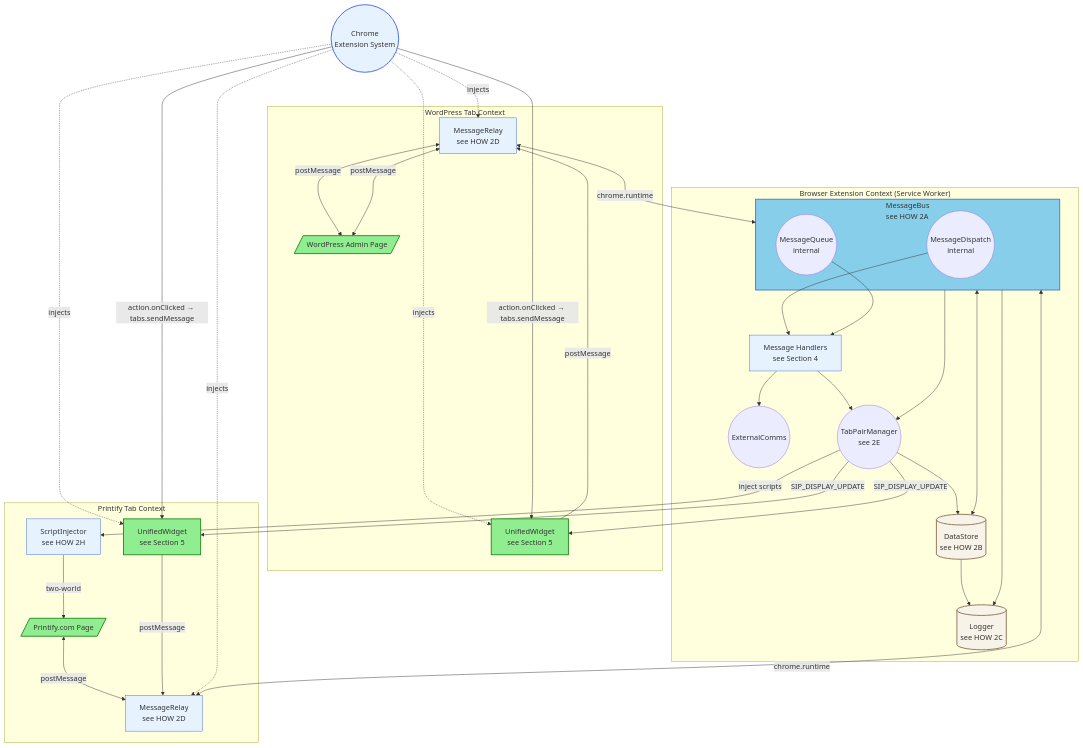
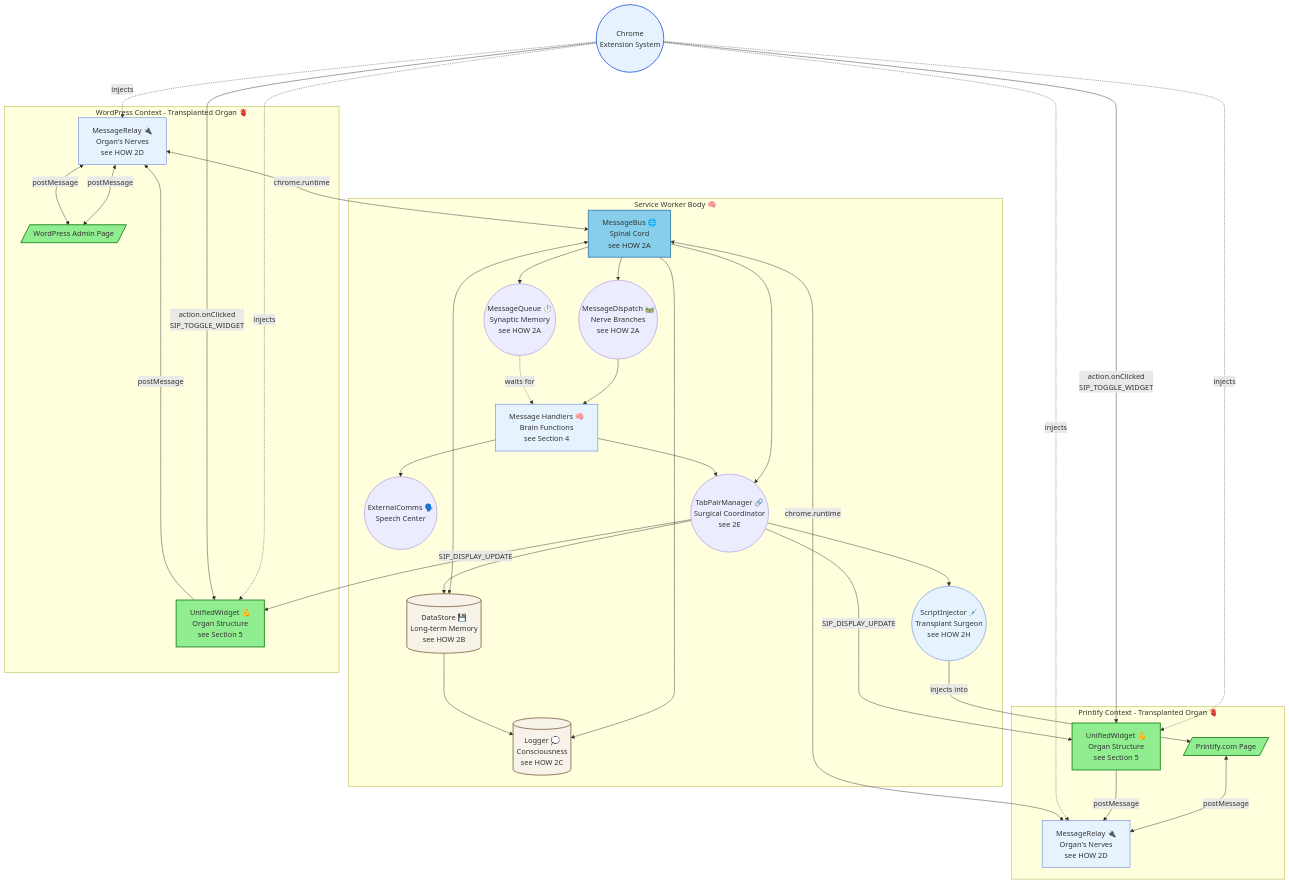
One commit to tdemelle-SiP/.claude changed the first of 7 diagrams in guidelines/sip-printify-manager-extension-guidelines-v4.md. Above: the diagram before and after it, drawn with Mermaid. The commit also changed other lines of this file, not shown here.

````diff
--- a/guidelines/sip-printify-manager-extension-guidelines-v4.md
+++ b/guidelines/sip-printify-manager-extension-guidelines-v4.md
@@ -54,76 +54,77 @@
 ```mermaid
 graph TD
   Chrome((Chrome<br/>Extension System))
-  
-  subgraph "Browser Extension Context (Service Worker)"
-    subgraph MessageBus[MessageBus<br/>see HOW 2A]
-      MessageDispatch((MessageDispatch<br/>internal))
-      MessageQueue((MessageQueue<br/>internal))
-    end
-    DataStore[(DataStore<br/>see HOW 2B)]
-    Logger[(Logger<br/>see HOW 2C)]
-    ExternalComms((ExternalComms))
-    TabPairManager((TabPairManager<br/>see 2E))
-    Handlers[Message Handlers<br/>see Section 4]
-    
+
+  subgraph "Service Worker Body 🧠"
+    MessageBus[MessageBus 🌐<br/>Spinal Cord<br/>see HOW 2A]
+    MessageDispatch((MessageDispatch 🛤️<br/>Nerve Branches<br/>see HOW 2A))
+    MessageQueue((MessageQueue ⏱️<br/>Synaptic Memory<br/>see HOW 2A))
+    DataStore[(DataStore 💾<br/>Long-term Memory<br/>see HOW 2B)]
+    Logger[(Logger 💭<br/>Consciousness<br/>see HOW 2C)]
+    ExternalComms((ExternalComms 🗣️<br/>Speech Center))
+    TabPairManager((TabPairManager 🔗<br/>Surgical Coordinator<br/>see 2E))
+    ScriptInjector((ScriptInjector 💉<br/>Transplant Surgeon<br/>see HOW 2H))
+    Handlers[Message Handlers 🧠<br/>Brain Functions<br/>see Section 4]
+
+    MessageBus --> MessageDispatch
+    MessageBus --> MessageQueue
     MessageDispatch --> Handlers
-    MessageQueue --> Handlers
+    MessageQueue -.->|waits for| Handlers
     MessageBus <--> DataStore
     MessageBus --> Logger
     MessageBus --> TabPairManager
     DataStore --> Logger
     Handlers --> ExternalComms
     Handlers --> TabPairManager
     TabPairManager --> DataStore
+    TabPairManager --> ScriptInjector
   end
 
-  subgraph "WordPress Tab Context"
+  subgraph "WordPress Context - Transplanted Organ 🫀"
     WPPage[/WordPress Admin Page/]
-    WPRelay[MessageRelay<br/>see HOW 2D]
-    WPWidget[UnifiedWidget<br/>see Section 5]
+    WPRelay[MessageRelay 🔌<br/>Organ's Nerves<br/>see HOW 2D]
+    WPWidget[UnifiedWidget 💪<br/>Organ Structure<br/>see Section 5]
     WPRelay <-->|postMessage| WPPage
     WPPage <-->|postMessage| WPRelay
     WPRelay <-->|chrome.runtime| MessageBus
     WPWidget -->|postMessage| WPRelay
   end
 
-  subgraph "Printify Tab Context"
+  subgraph "Printify Context - Transplanted Organ 🫀"
     PrintifyPage[/Printify.com Page/]
-    PFRelay[MessageRelay<br/>see HOW 2D]
-    PFWidget[UnifiedWidget<br/>see Section 5]
-    ScriptInjector[ScriptInjector<br/>see HOW 2H]
+    PFRelay[MessageRelay 🔌<br/>Organ's Nerves<br/>see HOW 2D]
+    PFWidget[UnifiedWidget 💪<br/>Organ Structure<br/>see Section 5]
     PrintifyPage <-->|postMessage| PFRelay
     PFRelay <-->|chrome.runtime| MessageBus
     PFWidget -->|postMessage| PFRelay
-    TabPairManager -->|inject scripts| ScriptInjector
-    ScriptInjector -->|two-world| PrintifyPage
+    ScriptInjector -->|injects into| PrintifyPage
   end
-  
+
   Chrome -.->|injects| WPRelay
   Chrome -.->|injects| PFRelay
   Chrome -.->|injects| WPWidget
   Chrome -.->|injects| PFWidget
-  
-  %% Chrome.action sends toggle message directly
-  Chrome -->|action.onClicked → tabs.sendMessage| WPWidget
-  Chrome -->|action.onClicked → tabs.sendMessage| PFWidget
-  
-  %% MessageBus forwards display updates to terminals
+
+  %% Chrome.action sends toggle message
+  Chrome -->|action.onClicked<br/>SIP_TOGGLE_WIDGET| WPWidget
+  Chrome -->|action.onClicked<br/>SIP_TOGGLE_WIDGET| PFWidget
+
+  %% MessageBus forwards display updates via TabPairManager
   TabPairManager -->|SIP_DISPLAY_UPDATE| WPWidget
   TabPairManager -->|SIP_DISPLAY_UPDATE| PFWidget
   
   %% Style definitions
   classDef userFacingStyle fill:#90EE90,stroke:#228B22,stroke-width:2px
   classDef routerStyle fill:#87CEEB,stroke:#4682B4,stroke-width:2px
   classDef scriptStyle fill:#E6F3FF,stroke:#4169E1,stroke-width:1px
   classDef storageStyle fill:#F8F3E8,stroke:#8B7355,stroke-width:2px
   classDef chromeStyle fill:#E6F3FF,stroke:#4169E1,stroke-width:2px
   
   %% Apply styles
   class WPPage,PrintifyPage,WPWidget,PFWidget userFacingStyle
   class MessageBus routerStyle
   class WPRelay,PFRelay,ScriptInjector scriptStyle
   class DataStore,Logger storageStyle
   class Handlers scriptStyle
   class Chrome chromeStyle
 ```
````
